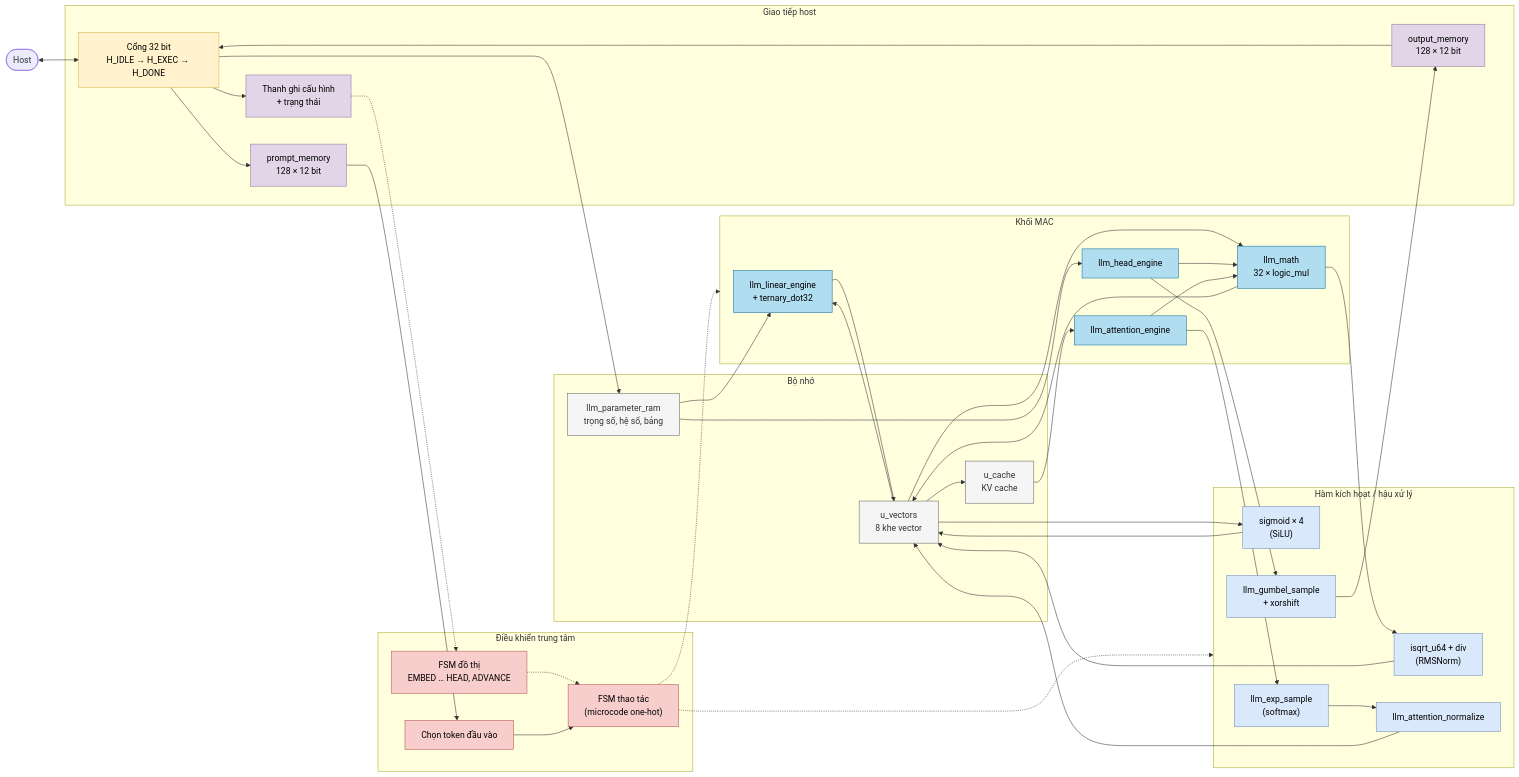
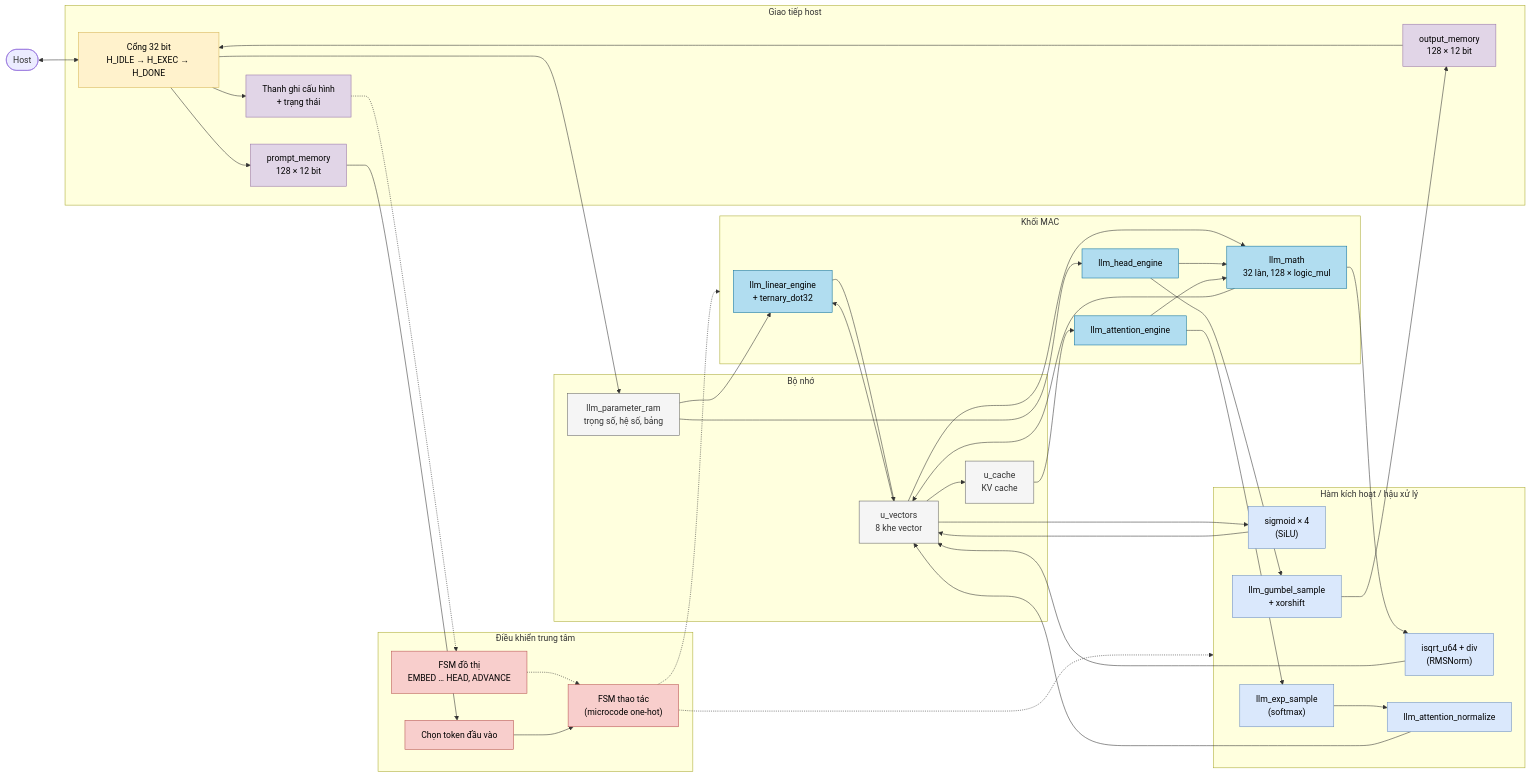
The first of 3 diagrams in Verilog Source code/doc/01_tong_quan_kien_truc.md (nguyennhutkhanhtom/NPU), drawn with Mermaid before and after one commit. The commit also changed other lines of this file and 16 other files, not shown here.

````diff
--- a/Verilog Source code/doc/01_tong_quan_kien_truc.md
+++ b/Verilog Source code/doc/01_tong_quan_kien_truc.md
@@ -66,71 +66,71 @@
 ```mermaid
 flowchart LR
     classDef ctrl fill:#f8cecc,stroke:#b85450,color:#000
     classDef move fill:#fff2cc,stroke:#d6b656,color:#000
     classDef param fill:#f5f5f5,stroke:#666666,color:#333
     classDef mac fill:#b1ddf0,stroke:#10739e,color:#000
     classDef act fill:#dae8fc,stroke:#6c8ebf,color:#000
     classDef reg fill:#e1d5e7,stroke:#9673a6,color:#000
 
     HOST(["Host"])
     subgraph HIF["Giao tiếp host"]
         BUS["Cổng 32 bit<br/>H_IDLE → H_EXEC → H_DONE"]:::move
         CFG["Thanh ghi cấu hình<br/>+ trạng thái"]:::reg
         PRM["prompt_memory<br/>128 × 12 bit"]:::reg
         OUT["output_memory<br/>128 × 12 bit"]:::reg
     end
     subgraph CC["Điều khiển trung tâm"]
         GR["FSM đồ thị<br/>EMBED … HEAD, ADVANCE"]:::ctrl
         OP["FSM thao tác<br/>(microcode one-hot)"]:::ctrl
         TOK["Chọn token đầu vào"]:::ctrl
     end
     subgraph MEM["Bộ nhớ"]
         PAR["llm_parameter_ram<br/>trọng số, hệ số, bảng"]:::param
         VEC["u_vectors<br/>8 khe vector"]:::param
         KV["u_cache<br/>KV cache"]:::param
     end
     subgraph MAC["Khối MAC"]
         LIN["llm_linear_engine<br/>+ ternary_dot32"]:::mac
         HD["llm_head_engine"]:::mac
         ATT["llm_attention_engine"]:::mac
-        MATH["llm_math<br/>32 × logic_mul"]:::mac
+        MATH["llm_math<br/>32 làn, 128 × logic_mul"]:::mac
     end
     subgraph ACT["Hàm kích hoạt / hậu xử lý"]
         NRM["isqrt_u64 + div<br/>(RMSNorm)"]:::act
         SIG["sigmoid × 4<br/>(SiLU)"]:::act
         EXP["llm_exp_sample<br/>(softmax)"]:::act
         AN["llm_attention_normalize"]:::act
         GUM["llm_gumbel_sample<br/>+ xorshift"]:::act
     end
 
     HOST <--> BUS
     BUS --> CFG
     BUS --> PRM
     BUS --> PAR
     OUT --> BUS
     CFG -.-> GR
     GR -.-> OP
     PRM --> TOK
     TOK --> OP
     PAR --> LIN
     PAR --> HD
     KV --> ATT
     VEC --> LIN
     VEC --> MATH
     LIN --> VEC
     HD --> MATH
     ATT --> MATH
     MATH --> VEC
     MATH --> NRM
     NRM --> VEC
     VEC --> SIG
     SIG --> VEC
     ATT --> EXP
     EXP --> AN
     AN --> VEC
     VEC --> KV
     HD --> GUM
     GUM --> OUT
     OP -.-> MAC
     OP -.-> ACT
 ```
````
